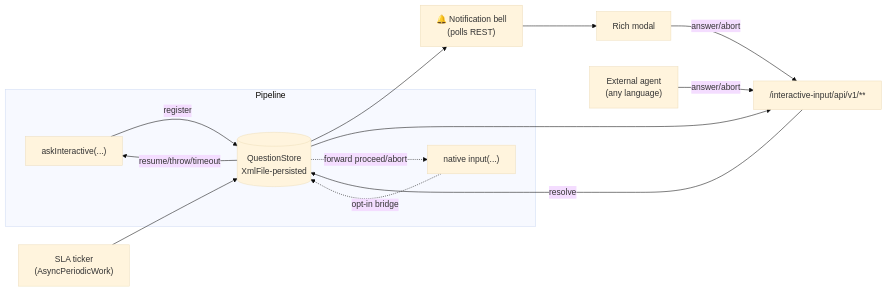
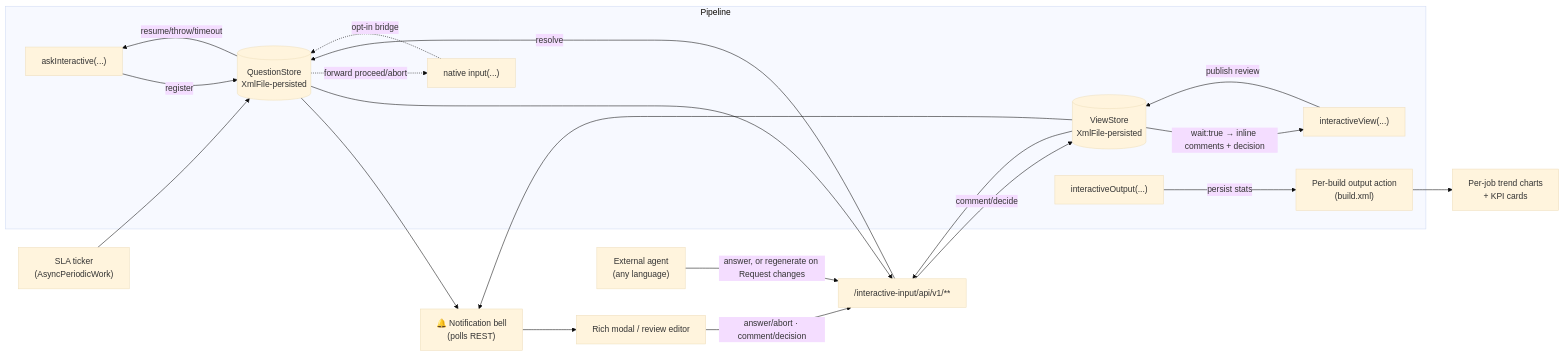
Before and after one commit to Darniss/interactive-input-plugin: the diagram in README.md, drawn with Mermaid (base theme). The commit also changed other lines of this file and 83 other files, not shown here.

````diff
--- a/README.md
+++ b/README.md
@@ -95,16 +100,23 @@
 ```mermaid
 flowchart LR
   subgraph Pipeline
     A["askInteractive(...)"] -->|register| S[(QuestionStore\nXmlFile-persisted)]
     B["native input(...)"] -.->|opt-in bridge| S
+    V["interactiveView(...)"] -->|publish review| VS[(ViewStore\nXmlFile-persisted)]
+    O["interactiveOutput(...)"] -->|persist stats| BA["Per-build output action\n(build.xml)"]
   end
   S --> BELL["🔔 Notification bell\n(polls REST)"]
+  VS --> BELL
   S --> REST["/interactive-input/api/v1/**"]
-  BELL --> MODAL["Rich modal"]
-  MODAL -->|answer/abort| REST
-  AGENT["External agent\n(any language)"] -->|answer/abort| REST
+  VS --> REST
+  BELL --> MODAL["Rich modal / review editor"]
+  MODAL -->|"answer/abort · comment/decision"| REST
+  AGENT["External agent\n(any language)"] -->|"answer, or regenerate on Request changes"| REST
   REST -->|resolve| S
+  REST -->|comment/decide| VS
   S -->|resume/throw/timeout| A
   S -.->|forward proceed/abort| B
+  VS -->|"wait:true → inline comments + decision"| V
+  BA --> CHARTS["Per-job trend charts\n+ KPI cards"]
   TICK["SLA ticker\n(AsyncPeriodicWork)"] --> S
 ```
````
